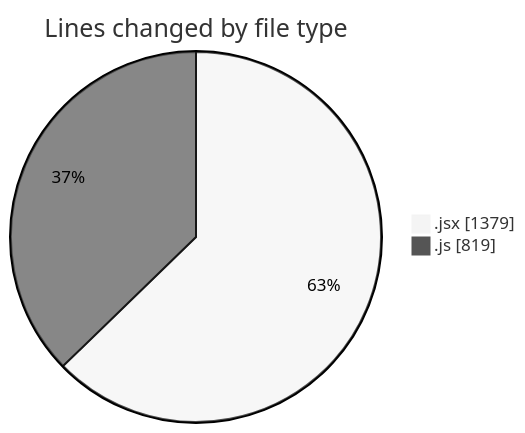
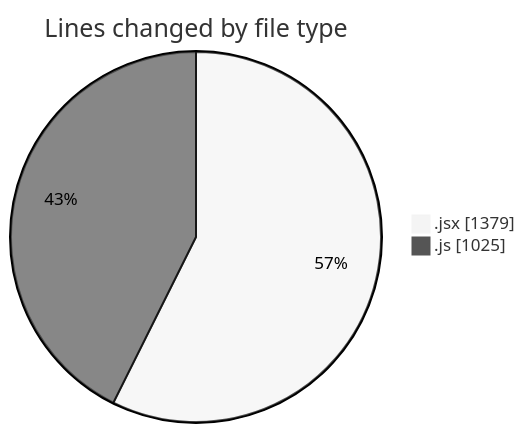
The first of 2 diagrams in 2025-08-04/nxtqube_webapp/README.md (nxtqubesakshisongat/code-tracking), drawn with Mermaid (neutral theme) before and after one commit. The commit also changed other lines of this file and 1 other file, not shown here.

````diff
--- a/2025-08-04/nxtqube_webapp/README.md
+++ b/2025-08-04/nxtqube_webapp/README.md
@@ -23,6 +23,6 @@
 ```mermaid
 pie showData
 title Lines changed by file type
 ".jsx" : 1379
-".js" : 819
+".js" : 1025
 ```
````
